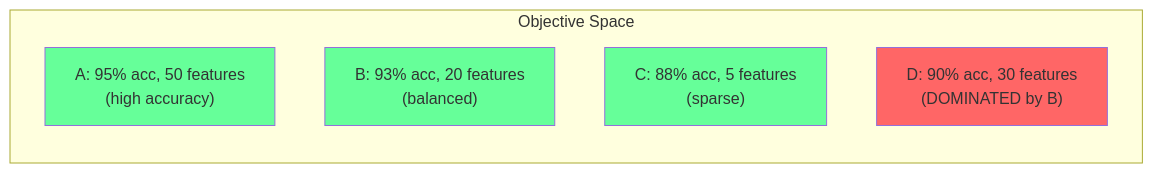
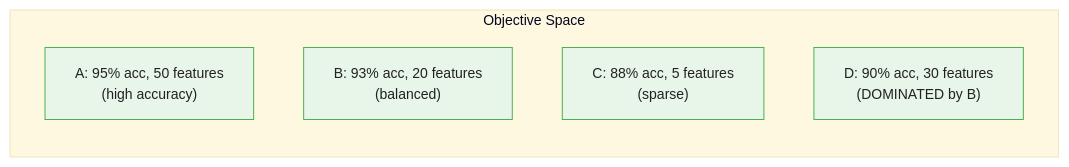
The second of 4 diagrams in courses/genetic-algorithms-feature-selection/modules/module_02_fitness/guides/03_multi_objective_slides.md (m-deane/course-creator), drawn with Mermaid before and after one commit. The commit also changed other lines of this file and 52 other files, not shown here.

````diff
--- a/courses/genetic-algorithms-feature-selection/modules/module_02_fitness/guides/03_multi_objective_slides.md
+++ b/courses/genetic-algorithms-feature-selection/modules/module_02_fitness/guides/03_multi_objective_slides.md
@@ -77,13 +76,10 @@
 ```mermaid
+%%{init: {"theme": "base", "themeVariables": {"primaryColor": "#e8f5e9", "primaryBorderColor": "#4caf50", "primaryTextColor": "#212121", "secondaryColor": "#e3f2fd", "tertiaryColor": "#fff8e1", "lineColor": "#757575", "fontFamily": "Inter, sans-serif", "fontSize": "14px"}}}%%
 graph LR
     subgraph "Objective Space"
         A["A: 95% acc, 50 features<br/>(high accuracy)"]
         B["B: 93% acc, 20 features<br/>(balanced)"]
         C["C: 88% acc, 5 features<br/>(sparse)"]
         D["D: 90% acc, 30 features<br/>(DOMINATED by B)"]
     end
-    style A fill:#6f9
-    style B fill:#6f9
-    style C fill:#6f9
-    style D fill:#f66
 ```
````
